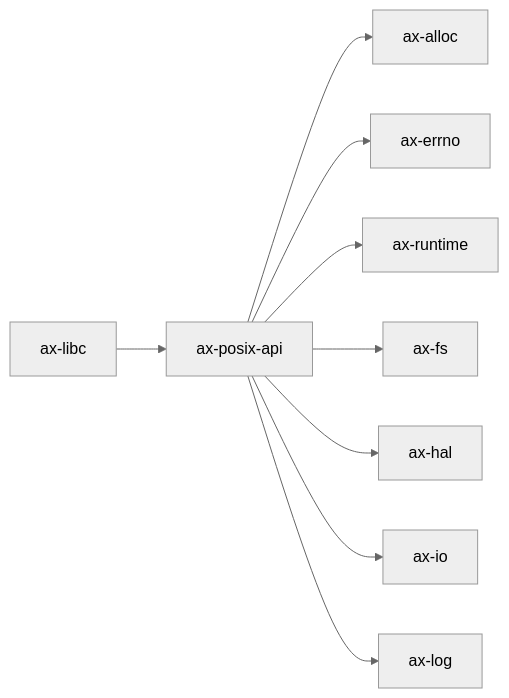
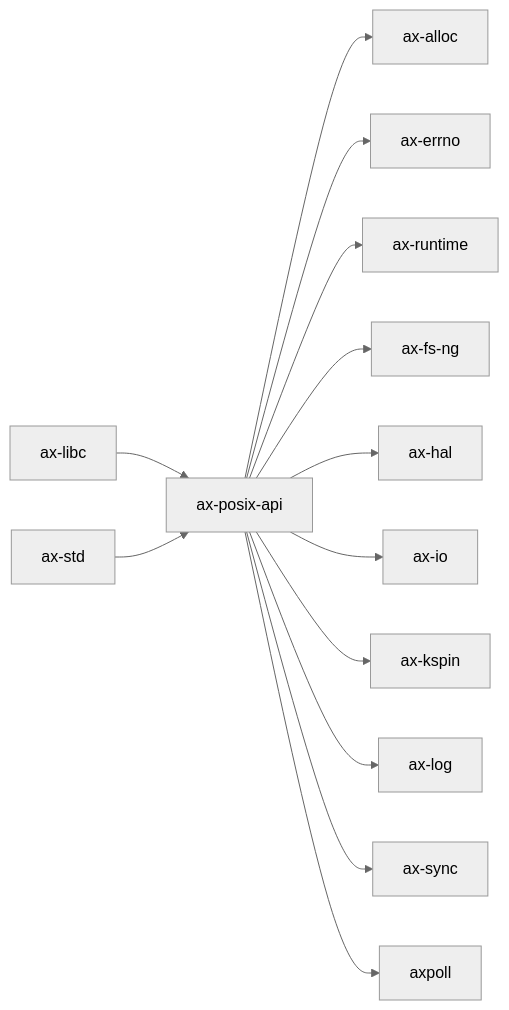
One commit to rcore-os/tgoskits changed the diagram in docs/docs/components/crates/ax-posix-api.md. Above: the diagram before and after it, drawn with Mermaid (neutral theme). The commit also changed other lines of this file and 386 other files, not shown here.

````diff
--- a/docs/docs/components/crates/ax-posix-api.md
+++ b/docs/docs/components/crates/ax-posix-api.md
@@ -33,12 +33,16 @@
 ```mermaid
 graph LR
     current["ax-posix-api"]
     current --> ax-alloc["ax-alloc"]
     current --> ax_errno["ax-errno"]
     current --> ax-runtime["ax-runtime"]
-    current --> ax-fs["ax-fs"]
+    current --> ax_fs_ng["ax-fs-ng"]
     current --> ax-hal["ax-hal"]
-    current --> axio["ax-io"]
+    current --> ax_io["ax-io"]
+    current --> ax_kspin["ax-kspin"]
     current --> ax-log["ax-log"]
+    current --> ax_sync["ax-sync"]
+    current --> axpoll["axpoll"]
     ax_libc["ax-libc"] --> current
+    ax_std["ax-std"] --> current
 ```
````
